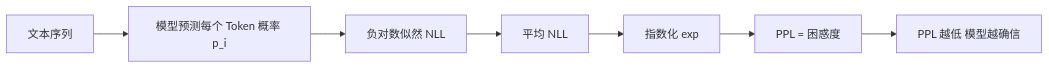
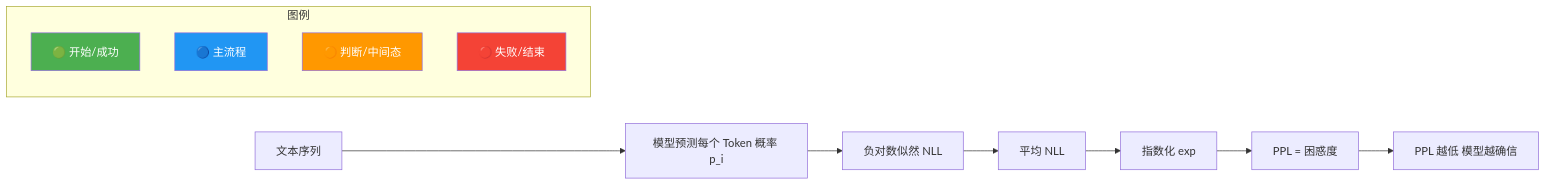
Before and after one commit to SunArthur86/interview-2026: the diagram in questions/llm-core/llm-094.md, drawn with Mermaid. The commit also changed other lines of this file and 3180 other files, not shown here.

First line of the commit message:
Mermaid颜色增强99% + 面试频率分类(高频1571/中频1115/低频461)

````diff
--- a/questions/llm-core/llm-094.md
+++ b/questions/llm-core/llm-094.md
@@ -95,9 +96,33 @@
 ```mermaid
 flowchart LR
+    classDef start fill:#4CAF50,color:#fff
+    classDef process fill:#2196F3,color:#fff
+    classDef decision fill:#FF9800,color:#fff
+    classDef special fill:#9C27B0,color:#fff
+    classDef error fill:#f44336,color:#fff
+    classDef info fill:#607D8B,color:#fff
+    class A start
+    class B process
+    class C decision
+    class D special
+    class E error
+    class F info
+    class G start
+    class NLL process
+    class PPL decision
+    class Token special
+    class exp error
+    class p_i info
     A[文本序列] --> B[模型预测每个 Token 概率 p_i]
     B --> C[负对数似然 NLL]
     C --> D[平均 NLL]
     D --> E[指数化 exp]
     E --> F[PPL = 困惑度]
     F --> G[PPL 越低 模型越确信]
+    subgraph Legend["图例"]
+        L1["🟢 开始/成功"]:::start
+        L2["🔵 主流程"]:::process
+        L3["🟠 判断/中间态"]:::decision
+        L4["🔴 失败/结束"]:::error
+    end
 ```
````
